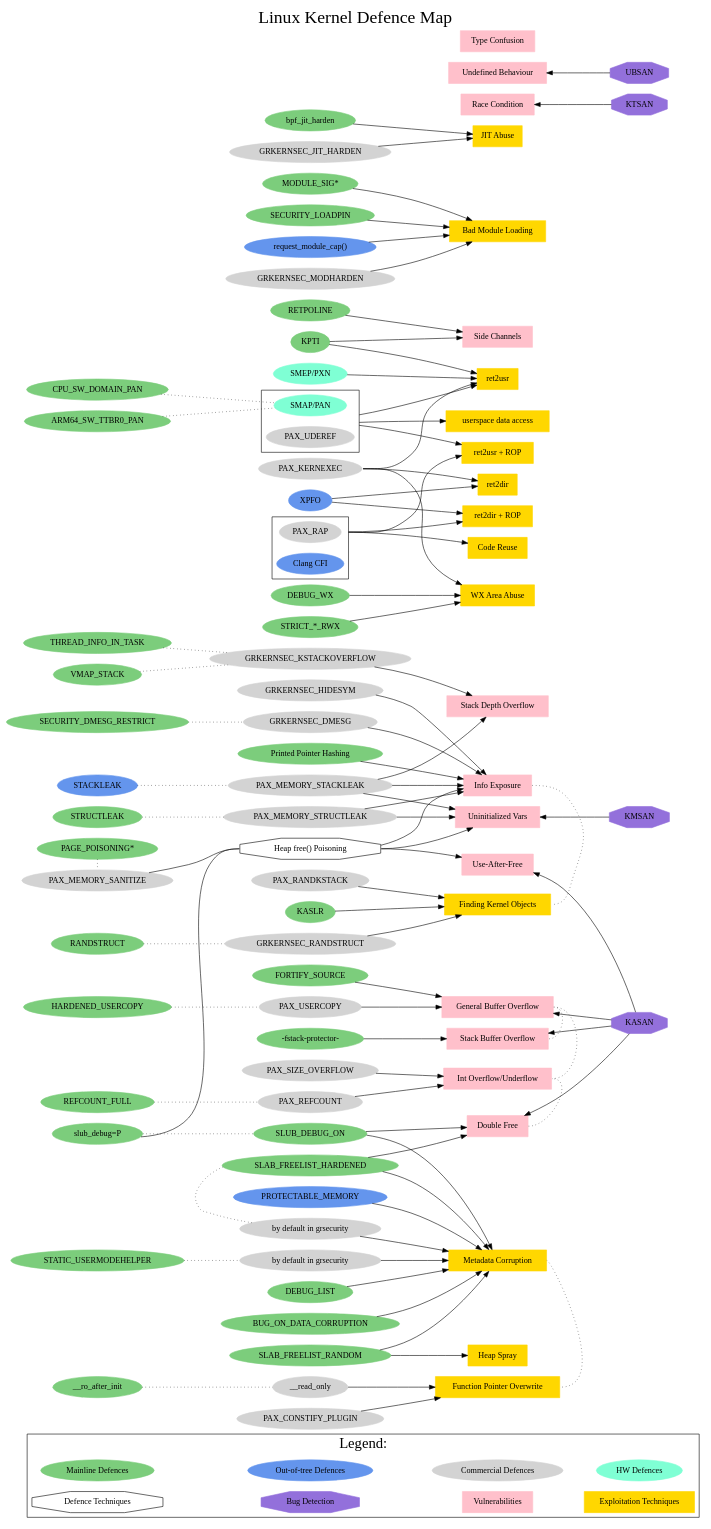
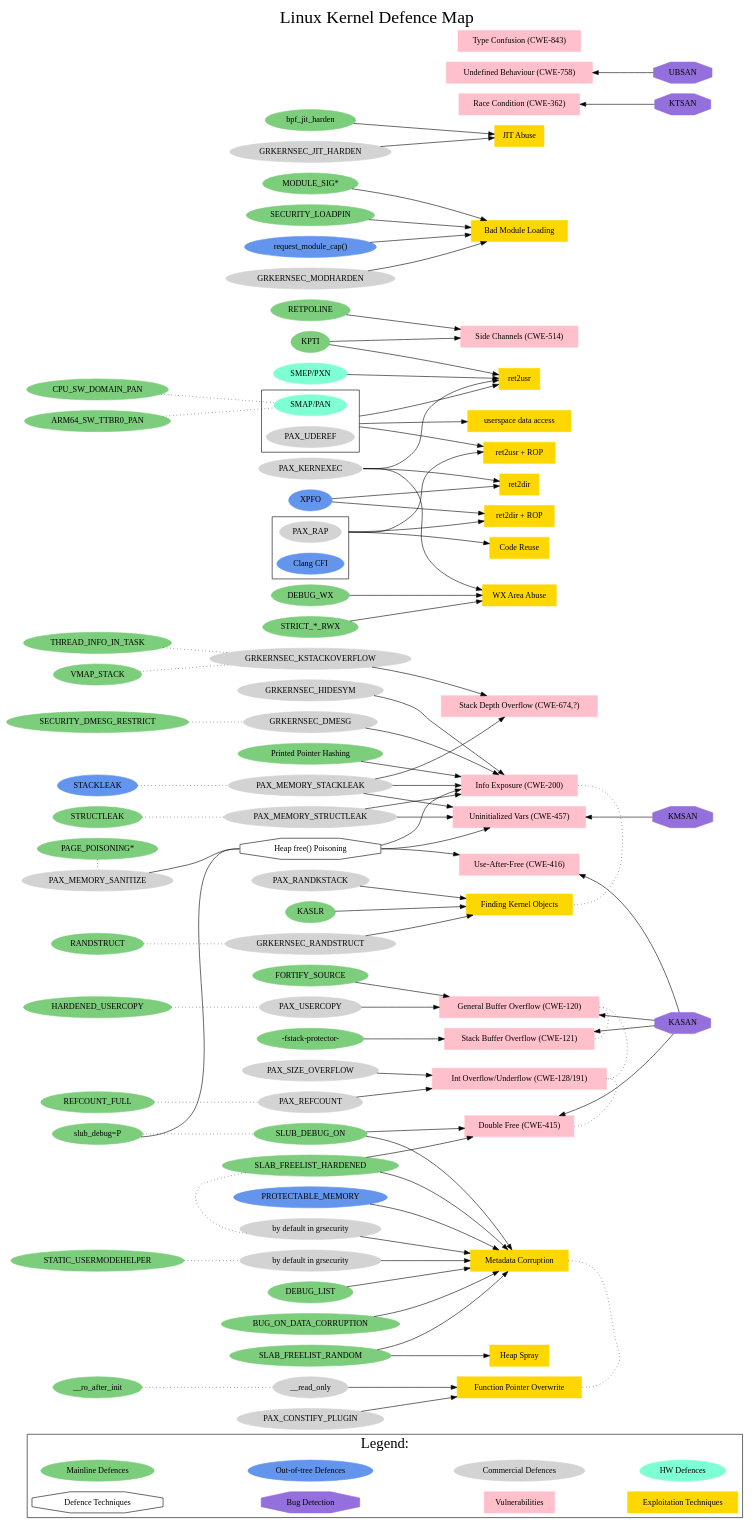
Before and after one commit to a13xp0p0v/linux-kernel-defence-map: the diagram in linux-kernel-defence-map.dot, drawn with Graphviz.

Commit message:
Add CWE IDs for Vulnerabilities

```diff
--- a/linux-kernel-defence-map.dot
+++ b/linux-kernel-defence-map.dot
@@ -184,18 +184,18 @@
 
     // Vulnerabilities
     node [shape=box, color=pink];
-    "Stack Depth Overflow";
-    "General Buffer Overflow";
-    "Stack Buffer Overflow";
-    "Int Overflow/Underflow";
-    "Uninitialized Vars";
-    "Use-After-Free";
-    "Double Free";
-    "Info Exposure";
-    "Race Condition";
-    "Undefined Behaviour";
-    "Type Confusion";
-    "Side Channels";
+    "Stack Depth Overflow (CWE-674,?)";
+    "General Buffer Overflow (CWE-120)";
+    "Stack Buffer Overflow (CWE-121)";
+    "Int Overflow/Underflow (CWE-128/191)";
+    "Uninitialized Vars (CWE-457)";
+    "Use-After-Free (CWE-416)";
+    "Double Free (CWE-415)";
+    "Info Exposure (CWE-200)";
+    "Race Condition (CWE-362)";
+    "Undefined Behaviour (CWE-758)";
+    "Type Confusion (CWE-843)";
+    "Side Channels (CWE-514)";
 
     // Exploitation Techniques
     node [shape=box, color=gold];
@@ -215,10 +215,10 @@
   }
 
   edge [style=dotted, arrowhead=none, dir=none, headport=e, tailport=e];
-  "General Buffer Overflow" -> "Stack Buffer Overflow";
-  "General Buffer Overflow" -> "Int Overflow/Underflow";
-  "Int Overflow/Underflow" -> "Double Free";
-  "Info Exposure" -> "Finding Kernel Objects";
+  "General Buffer Overflow (CWE-120)" -> "Stack Buffer Overflow (CWE-121)";
+  "General Buffer Overflow (CWE-120)" -> "Int Overflow/Underflow (CWE-128/191)";
+  "Int Overflow/Underflow (CWE-128/191)" -> "Double Free (CWE-415)";
+  "Info Exposure (CWE-200)" -> "Finding Kernel Objects";
   "Metadata Corruption" -> "Function Pointer Overwrite";
 
 
@@ -236,46 +236,46 @@
 
   // Relations: Bug Detection Means vs Vulnerabilities
   edge [style=solid, arrowhead=normal, dir=back, headport=_, tailport=_];
-  "General Buffer Overflow" -> "KASAN";
-  "Stack Buffer Overflow" -> "KASAN";
-  "Use-After-Free" -> "KASAN";
-  "Double Free" -> "KASAN";
-  "Undefined Behaviour" -> "UBSAN";
-  "Uninitialized Vars" -> "KMSAN";
-  "Race Condition" -> "KTSAN";
+  "General Buffer Overflow (CWE-120)" -> "KASAN";
+  "Stack Buffer Overflow (CWE-121)" -> "KASAN";
+  "Use-After-Free (CWE-416)" -> "KASAN";
+  "Double Free (CWE-415)" -> "KASAN";
+  "Undefined Behaviour (CWE-758)" -> "UBSAN";
+  "Uninitialized Vars (CWE-457)" -> "KMSAN";
+  "Race Condition (CWE-362)" -> "KTSAN";
 
 
   // Relations: Defences vs Vulnerabilities and Exploitation Techniques
   edge [style=solid, arrowhead=normal, dir=forward, headport=_, tailport=_];
-  "GRKERNSEC_KSTACKOVERFLOW" -> "Stack Depth Overflow";
-  "PAX_MEMORY_STACKLEAK" -> "Stack Depth Overflow";
+  "GRKERNSEC_KSTACKOVERFLOW" -> "Stack Depth Overflow (CWE-674,?)";
+  "PAX_MEMORY_STACKLEAK" -> "Stack Depth Overflow (CWE-674,?)";
 
-  "PAX_USERCOPY" -> "General Buffer Overflow";
-  "FORTIFY_SOURCE" -> "General Buffer Overflow";
+  "PAX_USERCOPY" -> "General Buffer Overflow (CWE-120)";
+  "FORTIFY_SOURCE" -> "General Buffer Overflow (CWE-120)";
 
-  "-fstack-protector-" -> "Stack Buffer Overflow";
+  "-fstack-protector-" -> "Stack Buffer Overflow (CWE-121)";
 
-  "PAX_REFCOUNT" -> "Int Overflow/Underflow";
-  "PAX_SIZE_OVERFLOW" -> "Int Overflow/Underflow";
+  "PAX_REFCOUNT" -> "Int Overflow/Underflow (CWE-128/191)";
+  "PAX_SIZE_OVERFLOW" -> "Int Overflow/Underflow (CWE-128/191)";
 
-  "PAX_MEMORY_STACKLEAK" -> "Uninitialized Vars";
-  "PAX_MEMORY_STRUCTLEAK" -> "Uninitialized Vars";
-  "Heap free() Poisoning":e -> "Uninitialized Vars";
+  "PAX_MEMORY_STACKLEAK" -> "Uninitialized Vars (CWE-457)";
+  "PAX_MEMORY_STRUCTLEAK" -> "Uninitialized Vars (CWE-457)";
+  "Heap free() Poisoning":e -> "Uninitialized Vars (CWE-457)";
 
-  "Heap free() Poisoning":e -> "Use-After-Free";
+  "Heap free() Poisoning":e -> "Use-After-Free (CWE-416)";
 
-  "SLUB_DEBUG_ON" -> "Double Free";
-  "SLAB_FREELIST_HARDENED" -> "Double Free";
+  "SLUB_DEBUG_ON" -> "Double Free (CWE-415)";
+  "SLAB_FREELIST_HARDENED" -> "Double Free (CWE-415)";
 
-  "PAX_MEMORY_STACKLEAK" -> "Info Exposure";
-  "GRKERNSEC_HIDESYM" -> "Info Exposure";
-  "Printed Pointer Hashing" -> "Info Exposure";
-  "Heap free() Poisoning" -> "Info Exposure";
-  "PAX_MEMORY_STRUCTLEAK" -> "Info Exposure";
-  "GRKERNSEC_DMESG" -> "Info Exposure";
+  "PAX_MEMORY_STACKLEAK" -> "Info Exposure (CWE-200)";
+  "GRKERNSEC_HIDESYM" -> "Info Exposure (CWE-200)";
+  "Printed Pointer Hashing" -> "Info Exposure (CWE-200)";
+  "Heap free() Poisoning" -> "Info Exposure (CWE-200)";
+  "PAX_MEMORY_STRUCTLEAK" -> "Info Exposure (CWE-200)";
+  "GRKERNSEC_DMESG" -> "Info Exposure (CWE-200)";
 
-  "KPTI" -> "Side Channels";
-  "RETPOLINE" -> "Side Channels";
+  "KPTI" -> "Side Channels (CWE-514)";
+  "RETPOLINE" -> "Side Channels (CWE-514)";
 
   "DEBUG_LIST" -> "Metadata Corruption";
   "BUG_ON_DATA_CORRUPTION" -> "Metadata Corruption";
```
